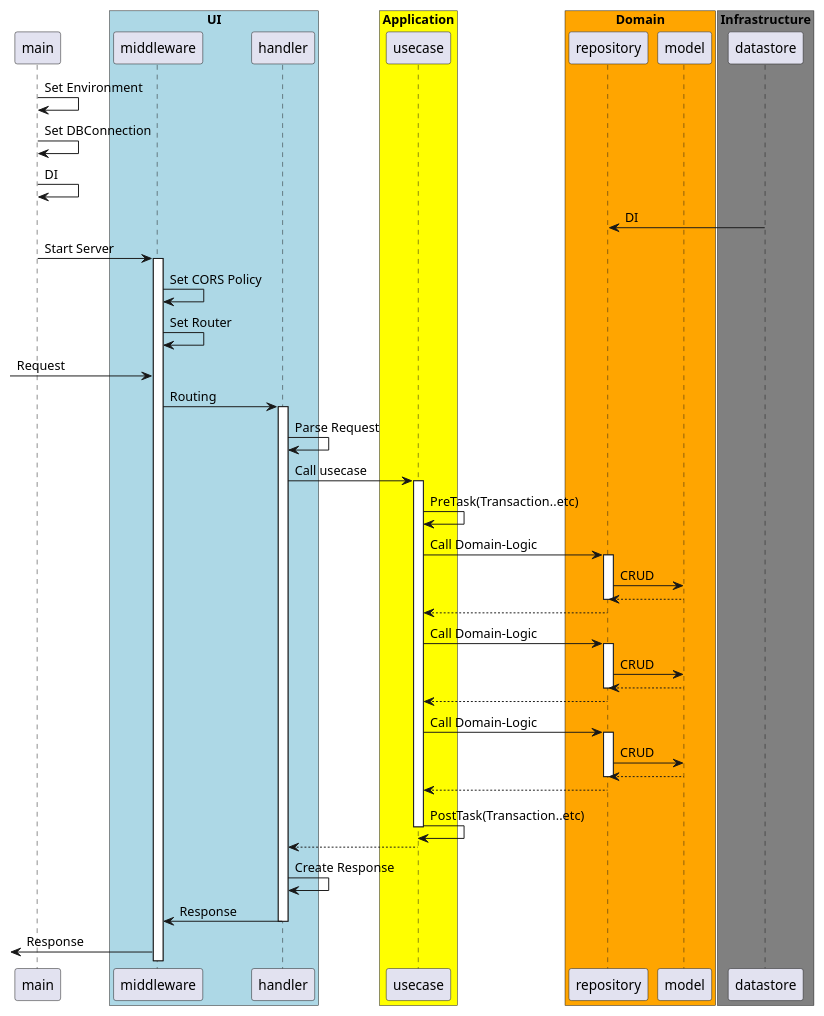
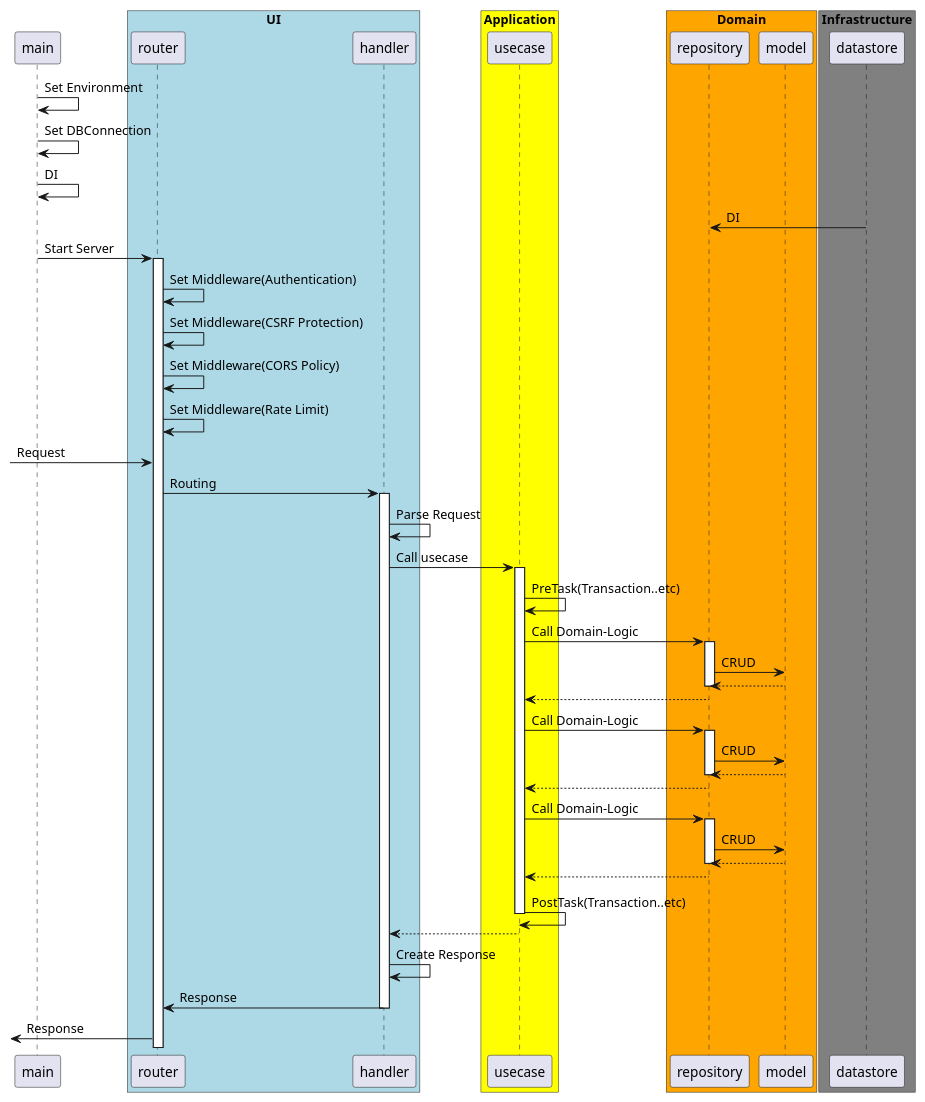
The diagram in docs/sequence.pu (oshou/AwesomeMusic-api), drawn with PlantUML before and after one commit. The commit also changed 36 other files, not shown here.

```diff
--- a/docs/sequence.pu
+++ b/docs/sequence.pu
@@ -2,58 +2,60 @@
 @startuml
 participant main
 box "UI" #LightBlue
-  participant middleware
+  participant router
   participant handler
 end box
 box "Application" #Yellow
   participant usecase
 end box
 box "Domain" #Orange
   participant repository
   participant model
 end box
 box "Infrastructure" #Gray
   participant datastore
 end box
 
 main -> main: Set Environment
 main -> main: Set DBConnection
 main -> main: DI
 datastore -> repository: DI
-main -> middleware: Start Server
-activate middleware
-middleware -> middleware: Set CORS Policy
-middleware -> middleware: Set Router
-[-> middleware : Request
-middleware -> handler: Routing
+main -> router: Start Server
+activate router
+router -> router: Set Middleware(Authentication)
+router -> router: Set Middleware(CSRF Protection)
+router -> router: Set Middleware(CORS Policy)
+router -> router: Set Middleware(Rate Limit)
+[-> router : Request
+router -> handler: Routing
 activate handler
 handler -> handler: Parse Request
 handler -> usecase: Call usecase
 activate usecase
 usecase -> usecase: PreTask(Transaction..etc)
 usecase -> repository: Call Domain-Logic
 activate repository
 repository -> model: CRUD
 repository <-- model:
 deactivate repository
 usecase <-- repository:
 usecase -> repository: Call Domain-Logic
 activate repository
 repository -> model: CRUD
 repository <-- model:
 deactivate repository
 usecase <-- repository:
 usecase -> repository: Call Domain-Logic
 activate repository
 repository -> model: CRUD
 repository <-- model:
 deactivate repository
 usecase <-- repository:
 usecase -> usecase: PostTask(Transaction..etc)
 deactivate usecase
 handler <-- usecase:
 handler -> handler: Create Response
-middleware <- handler: Response
+router <- handler: Response
 deactivate handler
-[<- middleware: Response
+[<- router: Response
 @enduml
```
